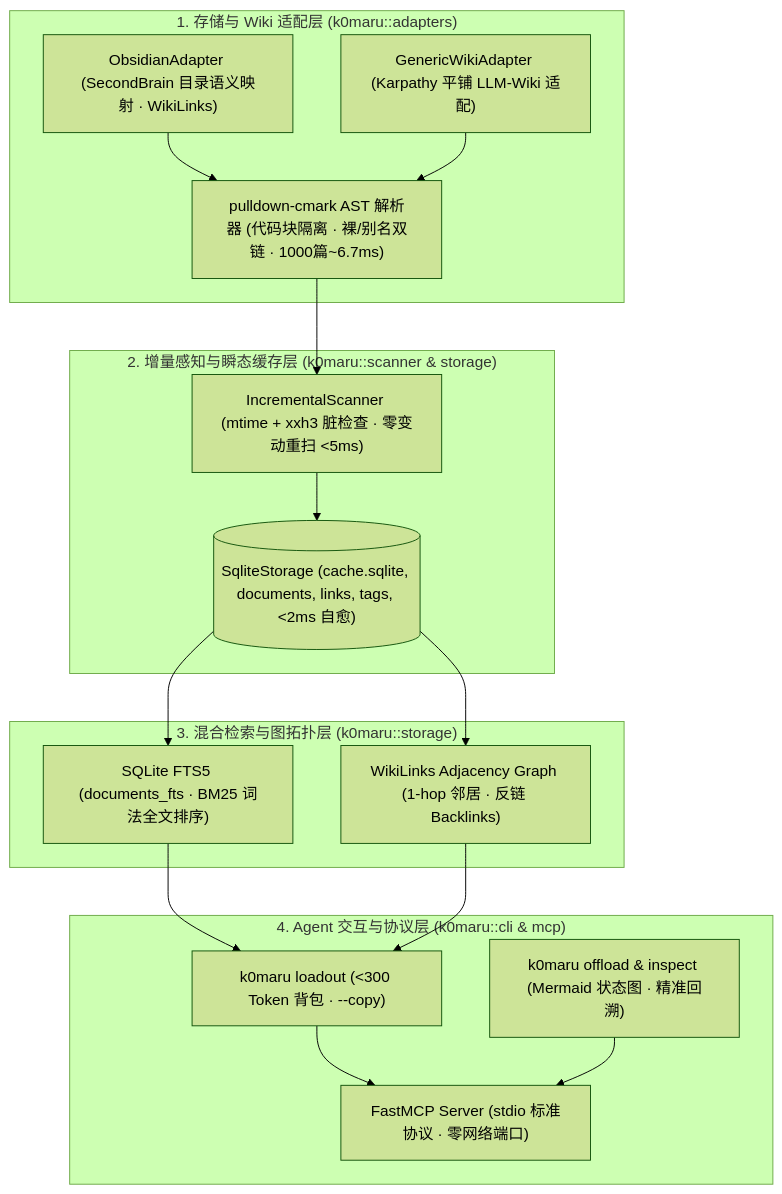
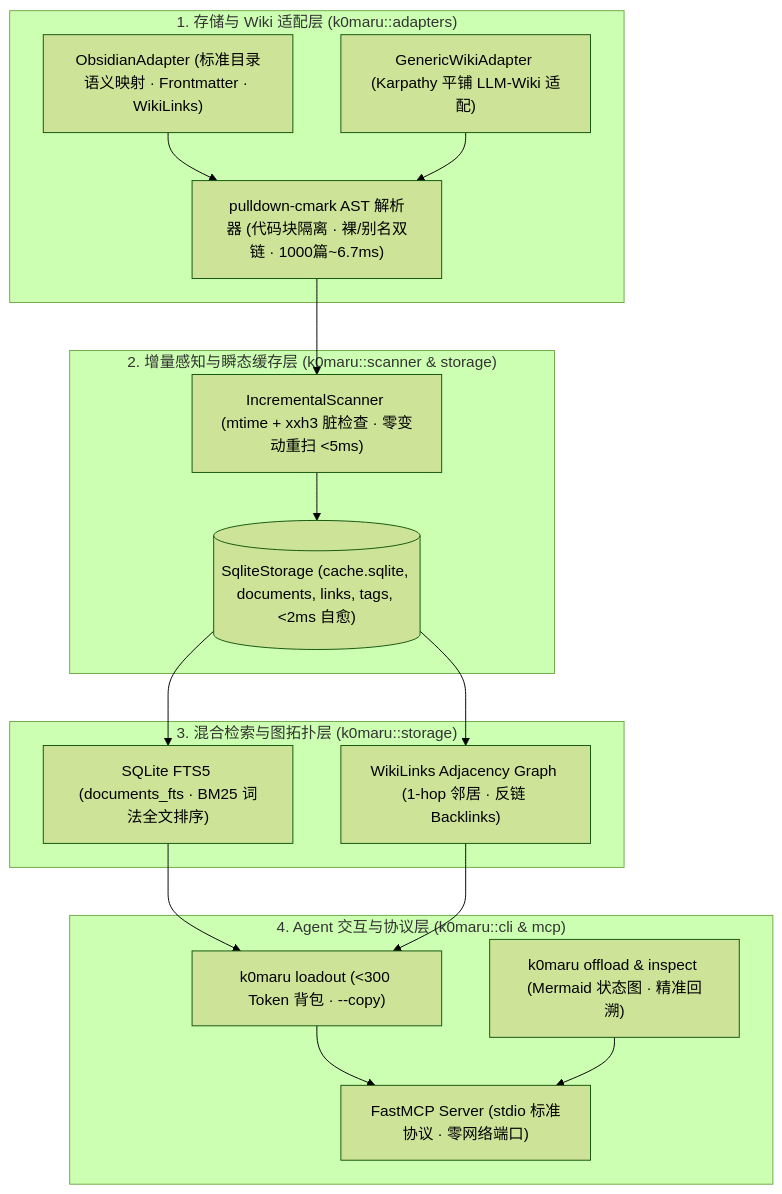
The second of 2 diagrams in README.md (K0maru/k0maru-agent-memory), drawn with Mermaid (forest theme) before and after one commit. The commit also changed other lines of this file and 1 other file, not shown here.

Commit message:
docs: add LLM-Wiki memory write-back lifecycle and generalize examples

````diff
--- a/README.md
+++ b/README.md
@@ -61,31 +91,31 @@
 ```mermaid
 graph TD
     subgraph L1 ["1. 存储与 Wiki 适配层 (k0maru::adapters)"]
-        Obsidian["ObsidianAdapter (SecondBrain 目录语义映射 · WikiLinks)"]
+        Obsidian["ObsidianAdapter (标准目录语义映射 · Frontmatter · WikiLinks)"]
         Generic["GenericWikiAdapter (Karpathy 平铺 LLM-Wiki 适配)"]
         Parser["pulldown-cmark AST 解析器 (代码块隔离 · 裸/别名双链 · 1000篇~6.7ms)"]
     end
 
     subgraph L2 ["2. 增量感知与瞬态缓存层 (k0maru::scanner & storage)"]
         Scanner["IncrementalScanner (mtime + xxh3 脏检查 · 零变动重扫 <5ms)"]
         Storage[("SqliteStorage (cache.sqlite, documents, links, tags, <2ms 自愈)")]
     end
 
     subgraph L3 ["3. 混合检索与图拓扑层 (k0maru::storage)"]
         FTS5["SQLite FTS5 (documents_fts · BM25 词法全文排序)"]
         Graph["WikiLinks Adjacency Graph (1-hop 邻居 · 反链 Backlinks)"]
     end
 
     subgraph L4 ["4. Agent 交互与协议层 (k0maru::cli & mcp)"]
         Loadout["k0maru loadout (<300 Token 背包 · --copy)"]
         Offload["k0maru offload & inspect (Mermaid 状态图 · 精准回溯)"]
         MCP["FastMCP Server (stdio 标准协议 · 零网络端口)"]
     end
 
     Obsidian & Generic --> Parser
     Parser --> Scanner
     Scanner --> Storage
     Storage --> FTS5 & Graph
     FTS5 & Graph --> Loadout
     Loadout & Offload --> MCP
 ```
````
